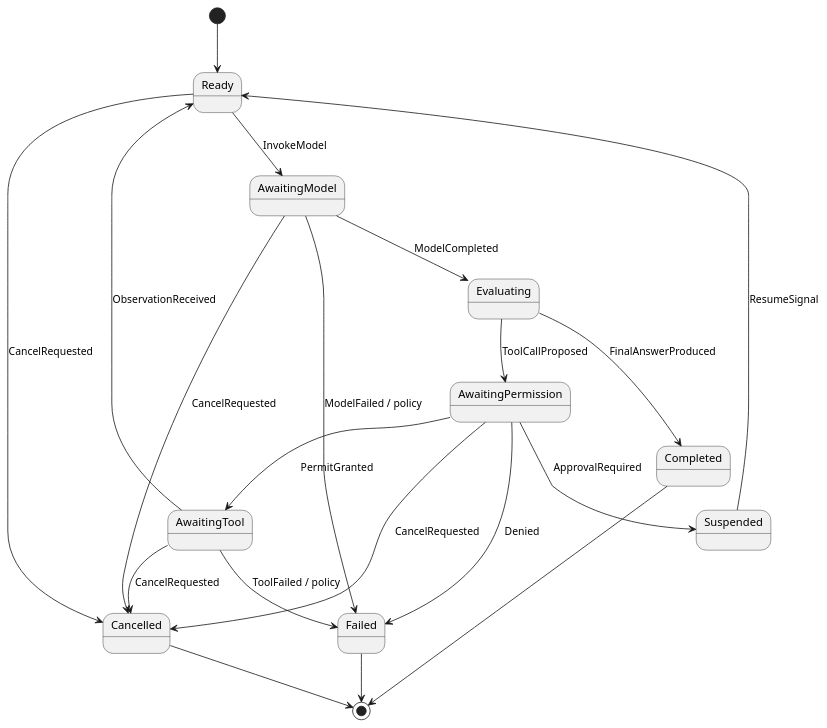
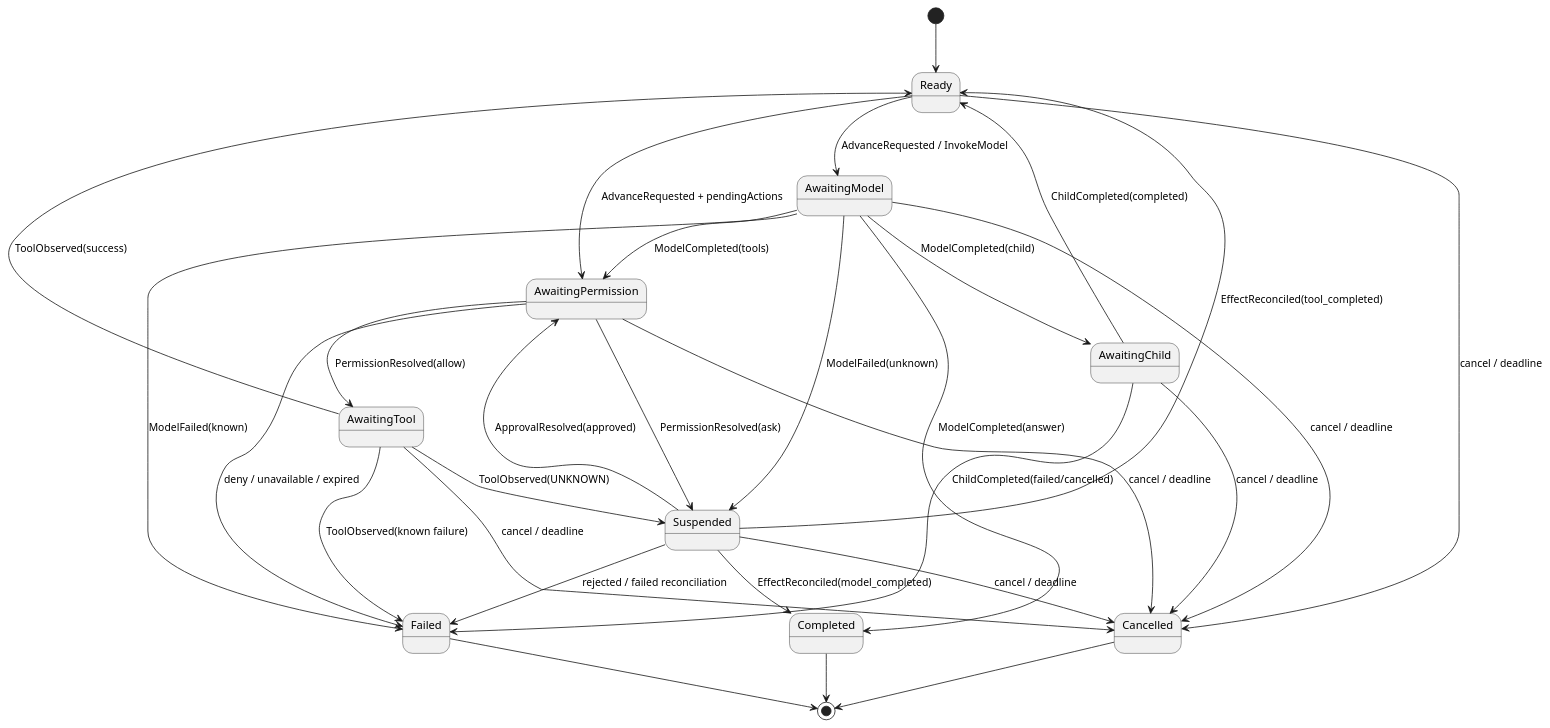
The fourth of 21 diagrams in packages/lawclaw-agent-kernel/docs/design/layers/l1-control/components/flow-engine.md (OscarChang46/pi), drawn with PlantUML before and after one commit. The commit also changed other lines of this file and 34 other files, not shown here.

Commit message:
feat(agent): implement FlowEngine state machine and design contracts

````diff
--- a/packages/lawclaw-agent-kernel/docs/design/layers/l1-control/components/flow-engine.md
+++ b/packages/lawclaw-agent-kernel/docs/design/layers/l1-control/components/flow-engine.md
@@ -432,23 +618,34 @@
 ```plantuml
 @startuml
+skinparam defaultFontName Hiragino Sans GB
 [*] --> Ready
-Ready --> AwaitingModel : InvokeModel
-AwaitingModel --> Evaluating : ModelCompleted
-AwaitingModel --> Failed : ModelFailed / policy
-Evaluating --> AwaitingPermission : ToolCallProposed
-Evaluating --> Completed : FinalAnswerProduced
-AwaitingPermission --> AwaitingTool : PermitGranted
-AwaitingPermission --> Suspended : ApprovalRequired
-AwaitingPermission --> Failed : Denied
-AwaitingTool --> Ready : ObservationReceived
-AwaitingTool --> Failed : ToolFailed / policy
-Suspended --> Ready : ResumeSignal
-Ready --> Cancelled : CancelRequested
-AwaitingModel --> Cancelled : CancelRequested
-AwaitingPermission --> Cancelled : CancelRequested
-AwaitingTool --> Cancelled : CancelRequested
+Ready --> AwaitingModel : AdvanceRequested / InvokeModel
+Ready --> AwaitingPermission : AdvanceRequested + pendingActions
+AwaitingModel --> Completed : ModelCompleted(answer)
+AwaitingModel --> AwaitingPermission : ModelCompleted(tools)
+AwaitingModel --> AwaitingChild : ModelCompleted(child)
+AwaitingModel --> Failed : ModelFailed(known)
+AwaitingModel --> Suspended : ModelFailed(unknown)
+AwaitingPermission --> AwaitingTool : PermissionResolved(allow)
+AwaitingPermission --> Suspended : PermissionResolved(ask)
+AwaitingPermission --> Failed : deny / unavailable / expired
+AwaitingTool --> Ready : ToolObserved(success)
+AwaitingTool --> Failed : ToolObserved(known failure)
+AwaitingTool --> Suspended : ToolObserved(UNKNOWN)
+Suspended --> AwaitingPermission : ApprovalResolved(approved)
+Suspended --> Ready : EffectReconciled(tool_completed)
+Suspended --> Completed : EffectReconciled(model_completed)
+Suspended --> Failed : rejected / failed reconciliation
+AwaitingChild --> Ready : ChildCompleted(completed)
+AwaitingChild --> Failed : ChildCompleted(failed/cancelled)
+Ready --> Cancelled : cancel / deadline
+AwaitingModel --> Cancelled : cancel / deadline
+AwaitingPermission --> Cancelled : cancel / deadline
+AwaitingTool --> Cancelled : cancel / deadline
+AwaitingChild --> Cancelled : cancel / deadline
+Suspended --> Cancelled : cancel / deadline
 Completed --> [*]
 Failed --> [*]
 Cancelled --> [*]
 @enduml
 ```
````
